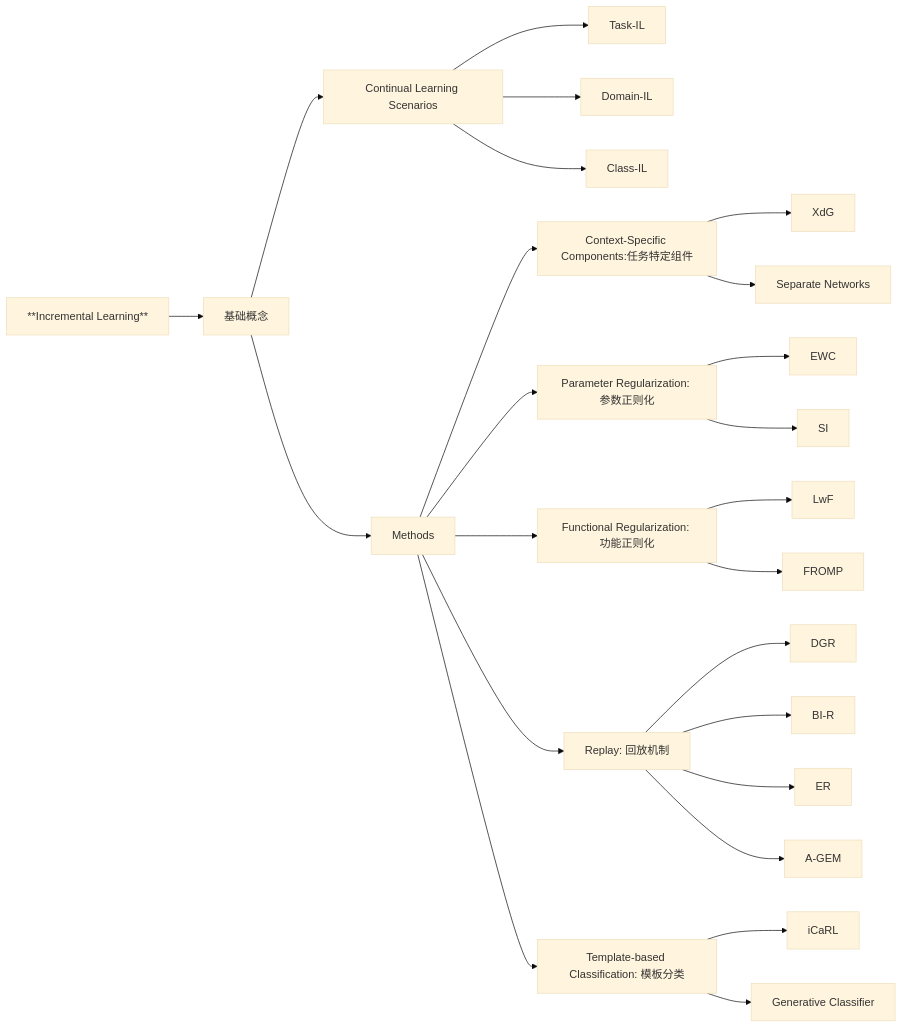
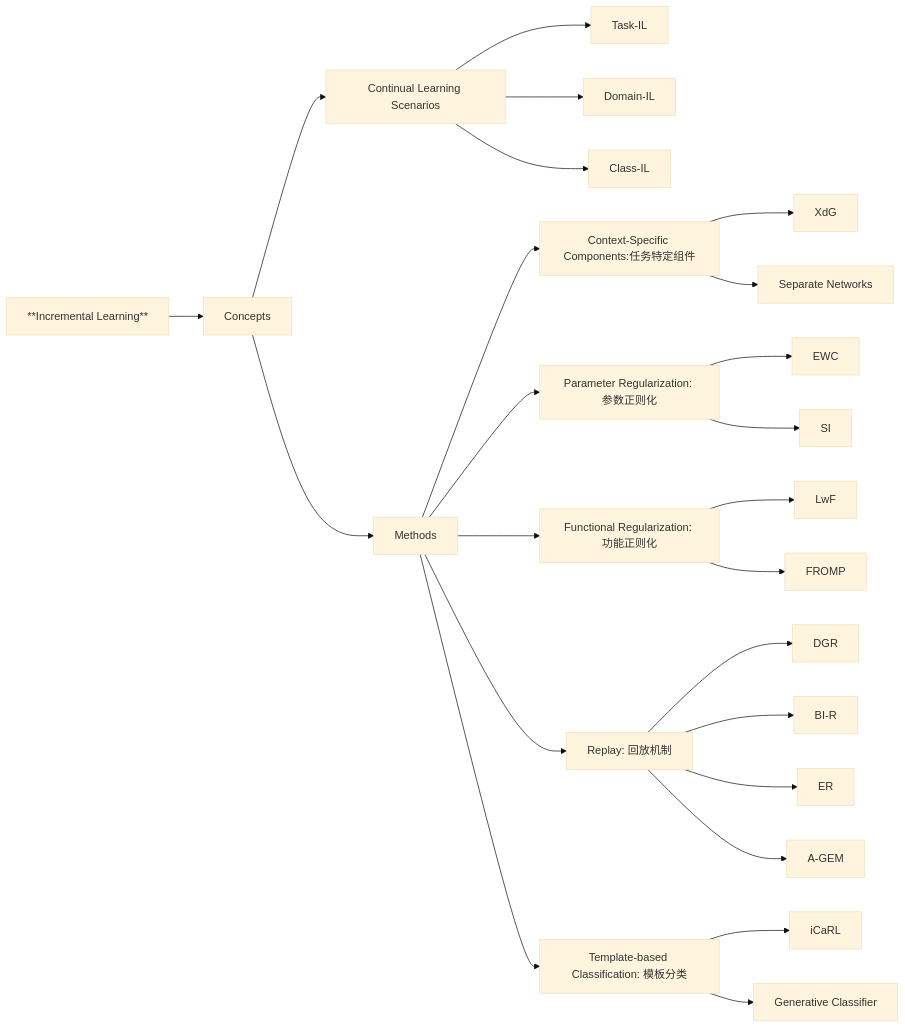
One commit to RenaissanceT/Continual_Learning_for_Time_Series_Survey_and_Evaluation changed the second of 2 diagrams in Article Analysis/1. Three types of incremental learning.md. Above: the diagram before and after it, drawn with Mermaid (base theme). The commit also changed other lines of this file, not shown here.

Commit message:
Update 1. Three types of incremental learning.md

````diff
--- a/Article Analysis/1. Three types of incremental learning.md
+++ b/Article Analysis/1. Three types of incremental learning.md
@@ -19,28 +19,28 @@
 ```mermaid
 graph LR
-    A[**Incremental Learning**] --> B[基础概念]
+    A[**Incremental Learning**] --> B[Concepts]
 
     B --> E1[Continual Learning Scenarios]
     E1 --> F1[Task-IL] 
     E1 --> F2[Domain-IL]
     E1 --> F3[Class-IL]
 
     B --> E2[Methods] 
     E2 --> G1[Context-Specific Components:任务特定组件]
         G1 --> H1[XdG]
         G1 --> H2[Separate Networks]
     E2 --> G2[Parameter Regularization: 参数正则化]
         G2 --> H3[EWC]
         G2 --> H4[SI]
     E2 --> G3[Functional Regularization: 功能正则化]
         G3 --> H5[LwF]
         G3 --> H6[FROMP]
     E2 --> G4[Replay: 回放机制]
         G4 --> H7[DGR]
         G4 --> H8[BI-R]
         G4 --> H9[ER]
         G4 --> H10[A-GEM]
     E2 --> G5[Template-based Classification: 模板分类]
         G5 --> H11[iCaRL]
         G5 --> H12[Generative Classifier]
 ```
````
